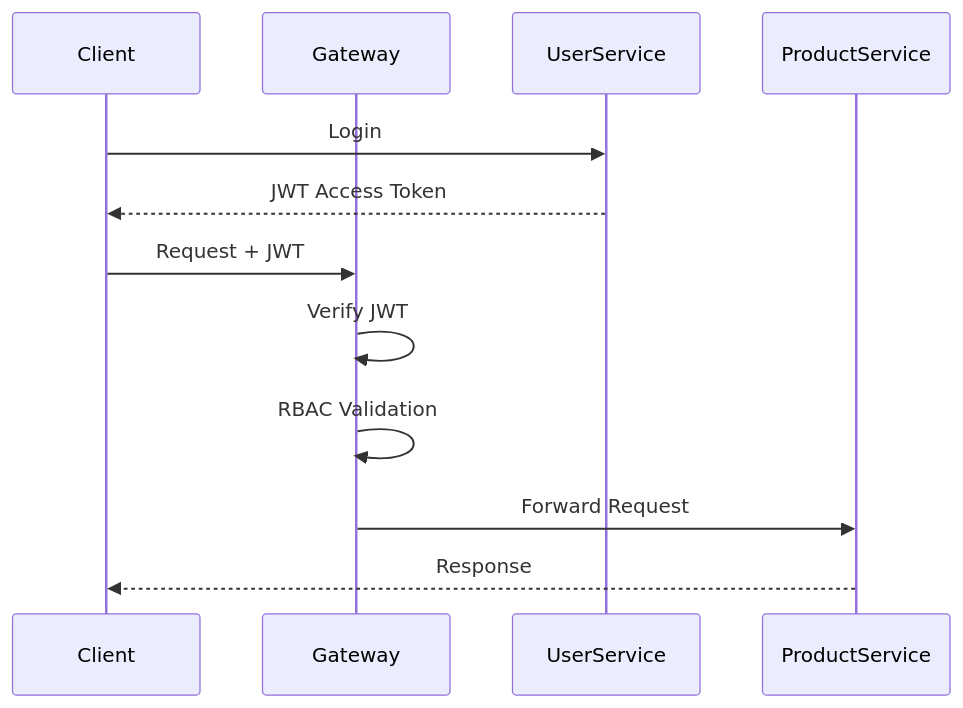
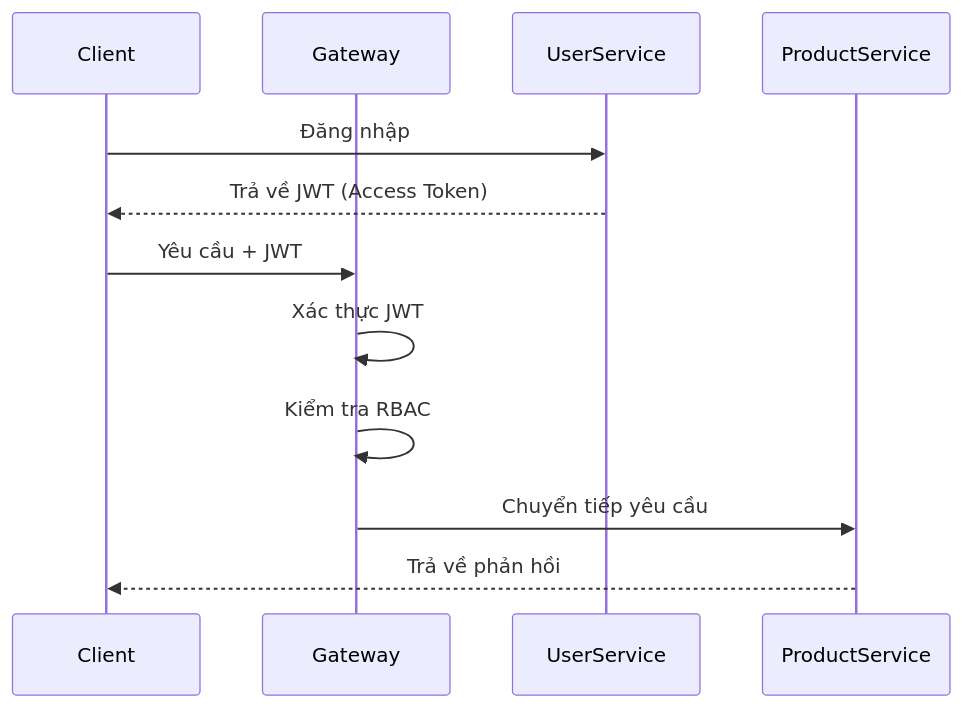
One commit to AcidTSB/AgriTraceChain changed the second of 2 diagrams in README.md. Above: the diagram before and after it, drawn with Mermaid. The commit also changed other lines of this file, not shown here.

````diff
--- a/README.md
+++ b/README.md
@@ -196,17 +197,17 @@
 ```mermaid
 sequenceDiagram
     participant Client
     participant Gateway
     participant UserService
     participant ProductService
 
-    Client->>UserService: Login
-    UserService-->>Client: JWT Access Token
+    Client->>UserService: Đăng nhập
+    UserService-->>Client: Trả về JWT (Access Token)
 
-    Client->>Gateway: Request + JWT
-    Gateway->>Gateway: Verify JWT
-    Gateway->>Gateway: RBAC Validation
-    Gateway->>ProductService: Forward Request
+    Client->>Gateway: Yêu cầu + JWT
+    Gateway->>Gateway: Xác thực JWT
+    Gateway->>Gateway: Kiểm tra RBAC
+    Gateway->>ProductService: Chuyển tiếp yêu cầu
 
-    ProductService-->>Client: Response
+    ProductService-->>Client: Trả về phản hồi
 ```
````
